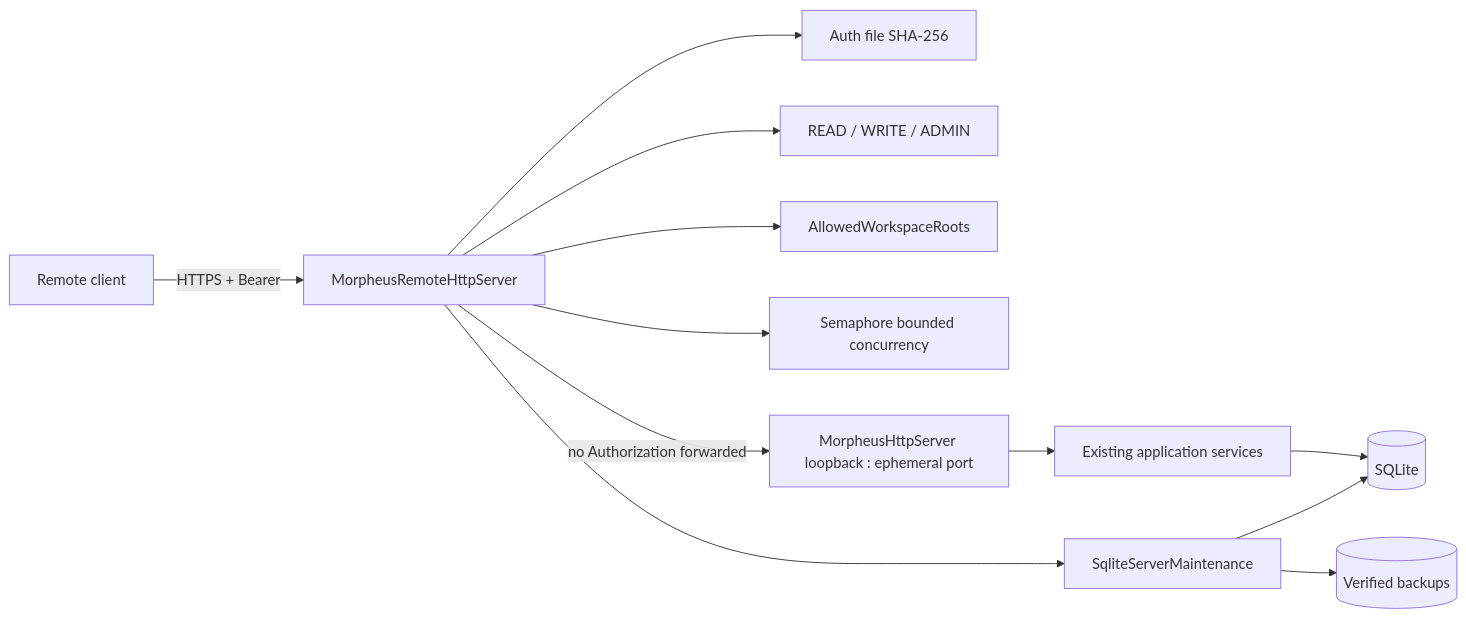
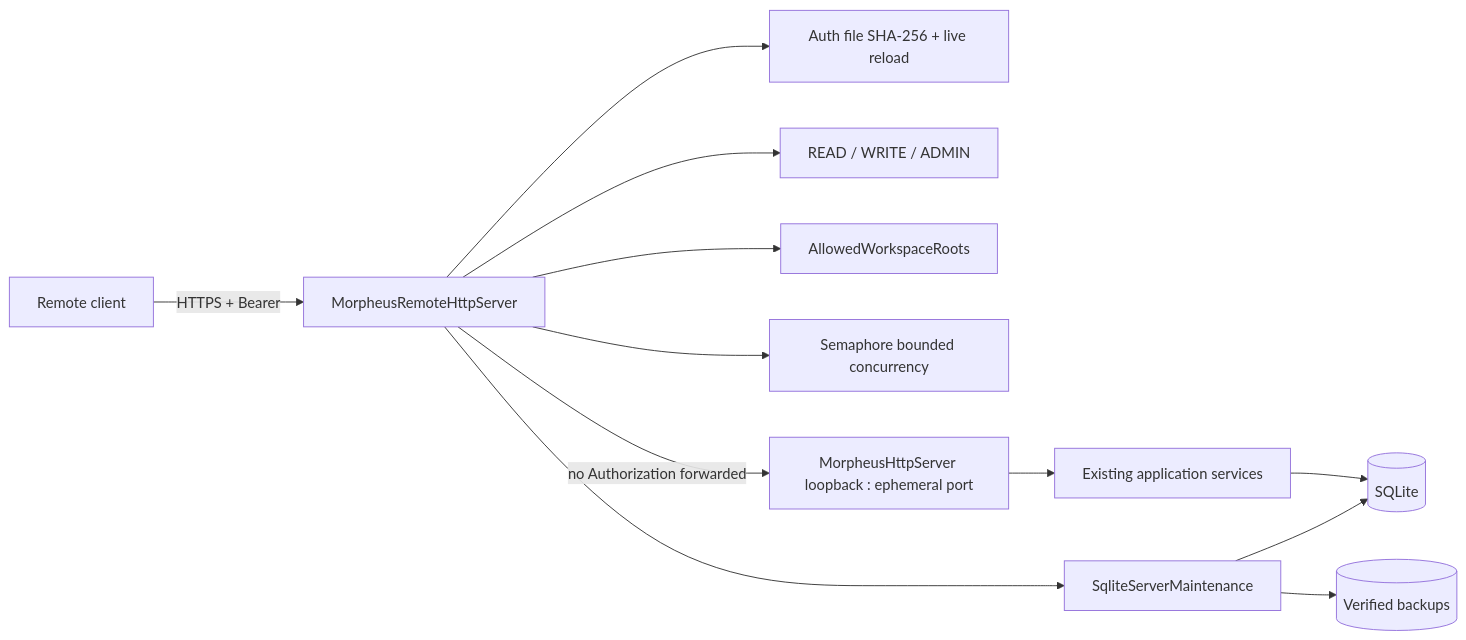
The diagram in docs/developer/REMOTE_SERVER_PLATFORM.md (FTurleque/morpheus-engine), drawn with Mermaid before and after one commit. The commit also changed other lines of this file, not shown here.

````diff
--- a/docs/developer/REMOTE_SERVER_PLATFORM.md
+++ b/docs/developer/REMOTE_SERVER_PLATFORM.md
@@ -7,14 +7,14 @@
 ```mermaid
 flowchart LR
     C[Remote client] -->|HTTPS + Bearer| R[MorpheusRemoteHttpServer]
-    R --> A[Auth file SHA-256]
+    R --> A[Auth file SHA-256 + live reload]
     R --> RBAC[READ / WRITE / ADMIN]
     R --> ROOTS[AllowedWorkspaceRoots]
     R --> LIMIT[Semaphore bounded concurrency]
     R -->|no Authorization forwarded| L[MorpheusHttpServer loopback : ephemeral port]
     L --> APP[Existing application services]
     APP --> DB[(SQLite)]
     R --> BK[SqliteServerMaintenance]
     BK --> DB
     BK --> B[(Verified backups)]
 ```
````
